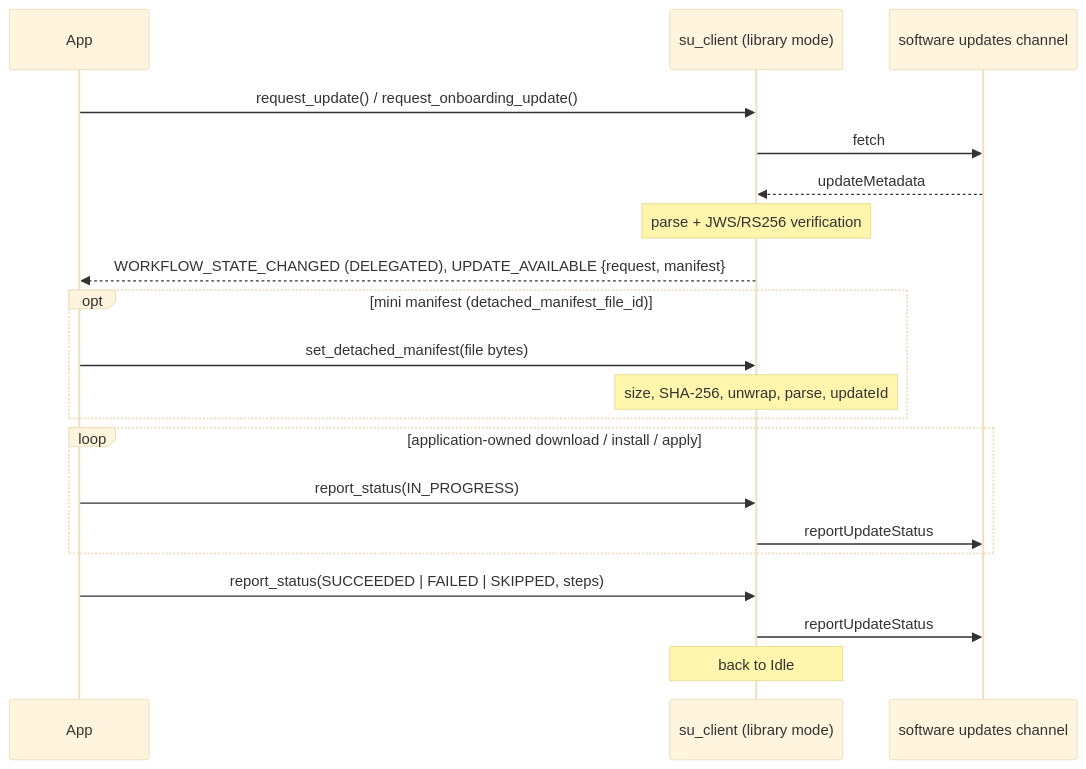
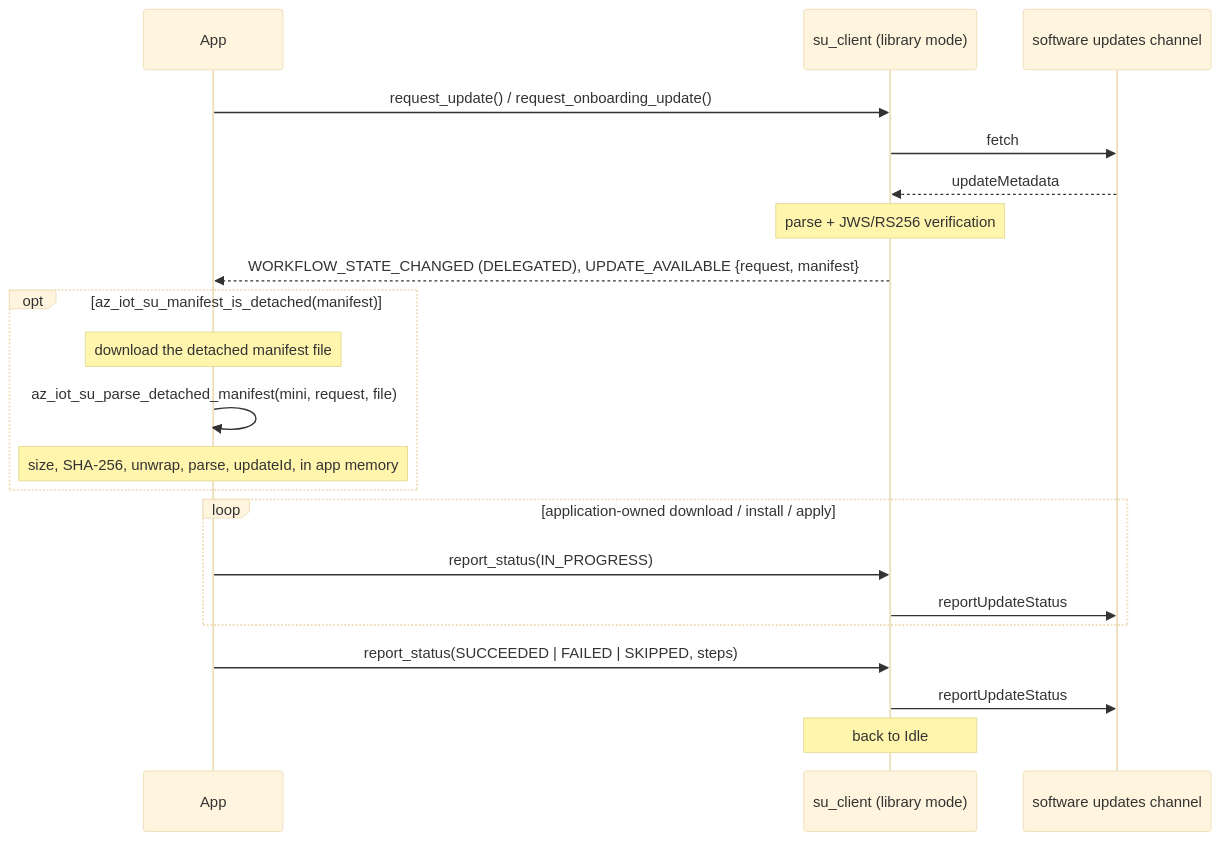
The sixth of 8 diagrams in c/docs/eng/software-updates.md (Azure/azure-iot-sdk), drawn with Mermaid (base theme) before and after one commit. The commit also changed other lines of this file and 12 other files, not shown here.

First line of the commit message:
C: Software Update library mode: stateless detached manifest parse

````diff
--- a/c/docs/eng/software-updates.md
+++ b/c/docs/eng/software-updates.md
@@ -1459,23 +1450,24 @@
 ```mermaid
 sequenceDiagram
     participant App
     participant SU as su_client (library mode)
     participant Ch as software updates channel
 
     App->>SU: request_update() / request_onboarding_update()
     SU->>Ch: fetch
     Ch-->>SU: updateMetadata
     Note over SU: parse + JWS/RS256 verification
     SU-->>App: WORKFLOW_STATE_CHANGED (DELEGATED), UPDATE_AVAILABLE {request, manifest}
-    opt mini manifest (detached_manifest_file_id)
-        App->>SU: set_detached_manifest(file bytes)
-        Note over SU: size, SHA-256, unwrap, parse, updateId
+    opt az_iot_su_manifest_is_detached(manifest)
+        Note over App: download the detached manifest file
+        App->>App: az_iot_su_parse_detached_manifest(mini, request, file)
+        Note over App: size, SHA-256, unwrap, parse, updateId, in app memory
     end
     loop application-owned download / install / apply
         App->>SU: report_status(IN_PROGRESS)
         SU->>Ch: reportUpdateStatus
     end
     App->>SU: report_status(SUCCEEDED | FAILED | SKIPPED, steps)
     SU->>Ch: reportUpdateStatus
     Note over SU: back to Idle
 ```
````
